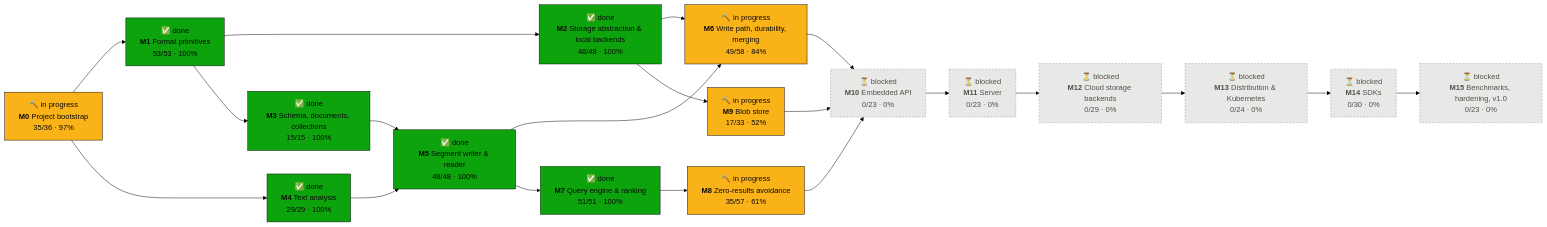
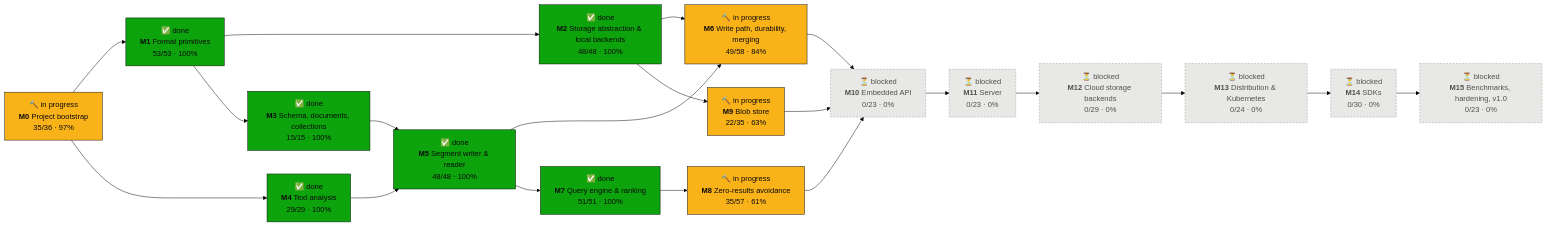
Before and after one commit to tomiok/persiaDB: the first of 2 diagrams in PROGRESS.md, drawn with Mermaid (forest theme). The commit also changed other lines of this file and 5 other files, not shown here.

First line of the commit message:
chore(roadmap): tick 9.2.6, 9.2.8, 9.2.9, 9.3.5, 9.4.7; regenerate PROGRESS.md

````diff
--- a/PROGRESS.md
+++ b/PROGRESS.md
@@ -16,42 +16,42 @@
 ```mermaid
 flowchart LR
   M0["🔨 in progress<br/><b>M0</b> Project bootstrap<br/>35/36 · 97%"]:::doing
   M1["✅ done<br/><b>M1</b> Format primitives<br/>53/53 · 100%"]:::done
   M2["✅ done<br/><b>M2</b> Storage abstraction & local backends<br/>48/48 · 100%"]:::done
   M3["✅ done<br/><b>M3</b> Schema, documents, collections<br/>15/15 · 100%"]:::done
   M4["✅ done<br/><b>M4</b> Text analysis<br/>29/29 · 100%"]:::done
   M5["✅ done<br/><b>M5</b> Segment writer & reader<br/>48/48 · 100%"]:::done
   M6["🔨 in progress<br/><b>M6</b> Write path, durability, merging<br/>49/58 · 84%"]:::doing
   M7["✅ done<br/><b>M7</b> Query engine & ranking<br/>51/51 · 100%"]:::done
   M8["🔨 in progress<br/><b>M8</b> Zero-results avoidance<br/>35/57 · 61%"]:::doing
-  M9["🔨 in progress<br/><b>M9</b> Blob store<br/>17/33 · 52%"]:::doing
+  M9["🔨 in progress<br/><b>M9</b> Blob store<br/>22/35 · 63%"]:::doing
   M10["⏳ blocked<br/><b>M10</b> Embedded API<br/>0/23 · 0%"]:::blocked
   M11["⏳ blocked<br/><b>M11</b> Server<br/>0/23 · 0%"]:::blocked
   M12["⏳ blocked<br/><b>M12</b> Cloud storage backends<br/>0/29 · 0%"]:::blocked
   M13["⏳ blocked<br/><b>M13</b> Distribution & Kubernetes<br/>0/24 · 0%"]:::blocked
   M14["⏳ blocked<br/><b>M14</b> SDKs<br/>0/30 · 0%"]:::blocked
   M15["⏳ blocked<br/><b>M15</b> Benchmarks, hardening, v1.0<br/>0/23 · 0%"]:::blocked
   M0 --> M1
   M1 --> M2
   M1 --> M3
   M0 --> M4
   M3 --> M5
   M4 --> M5
   M2 --> M6
   M5 --> M6
   M5 --> M7
   M7 --> M8
   M2 --> M9
   M6 --> M10
   M8 --> M10
   M9 --> M10
   M10 --> M11
   M11 --> M12
   M12 --> M13
   M13 --> M14
   M14 --> M15
   classDef done fill:#0ca30c,stroke:#0b0b0b,color:#0b0b0b
   classDef doing fill:#fab219,stroke:#0b0b0b,color:#0b0b0b
   classDef ready fill:#fcfcfb,stroke:#0b0b0b,stroke-width:2px,color:#0b0b0b
   classDef blocked fill:#e8e8e6,stroke:#9a9a96,stroke-dasharray:4 3,color:#52514e
 ```
````
